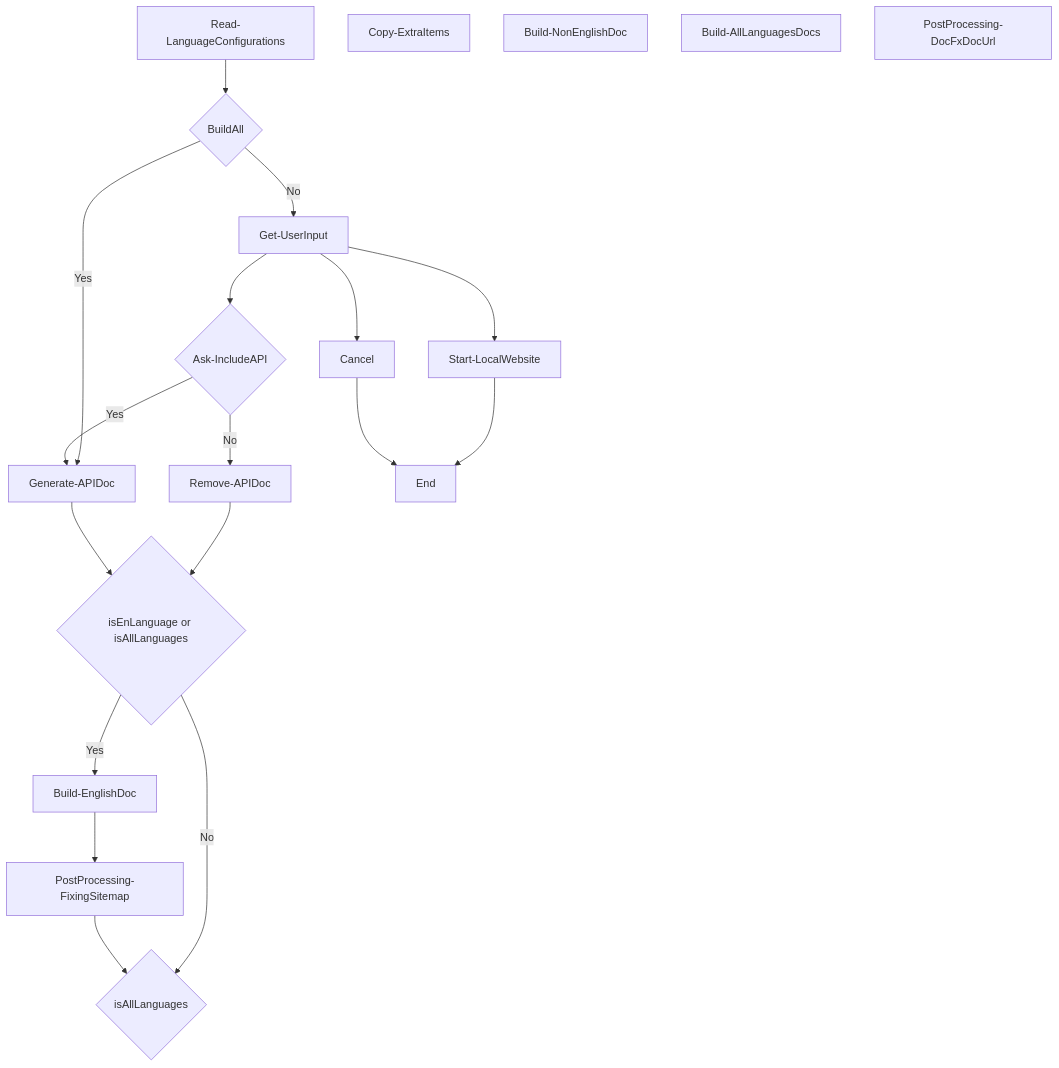
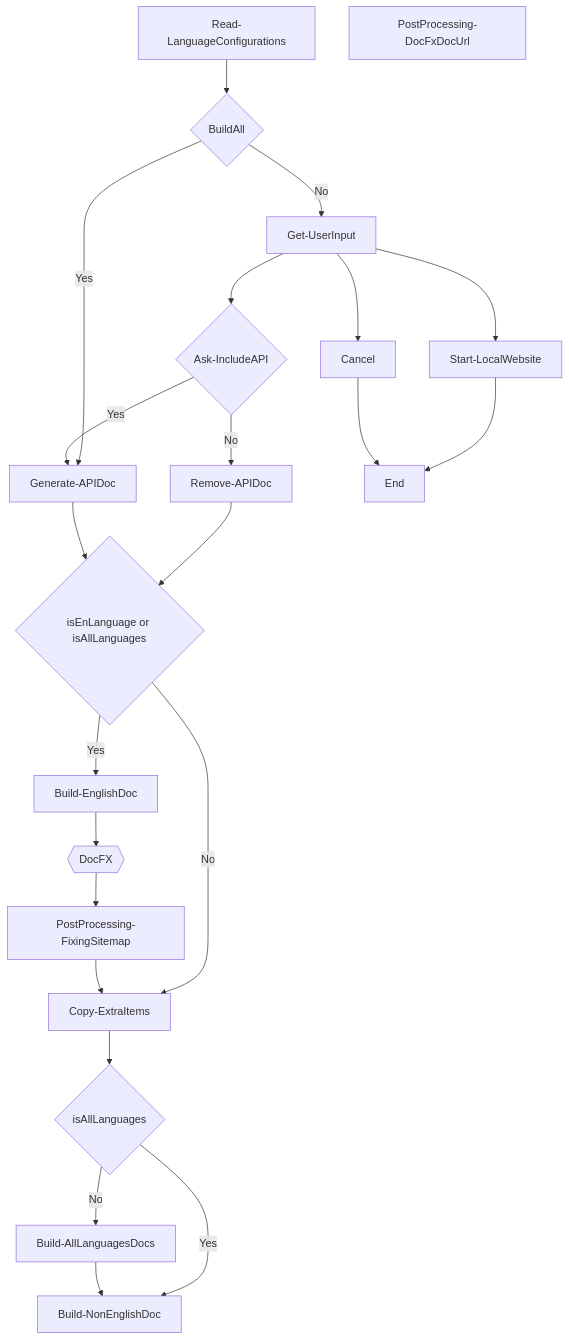
Before and after one commit to NexStandard/stride-docs-next: the second of 2 diagrams in README.md, drawn with Mermaid.

````diff
--- a/README.md
+++ b/README.md
@@ -165,34 +165,39 @@
 ``` mermaid
 graph TB
     A[Read-LanguageConfigurations]
     X1[BuildAll]
     B[Get-UserInput]
     C[Ask-IncludeAPI]
     D[Copy-ExtraItems]
     E[Start-LocalWebsite]
     F[Generate-APIDoc]
     G[Remove-APIDoc]
     H[Build-EnglishDoc]
     I[Build-NonEnglishDoc]
     J[Build-AllLanguagesDocs]
     K[PostProcessing-DocFxDocUrl]
     L[PostProcessing-FixingSitemap]
+    DocFX{{DocFX}}
    
 
     A --> X1{BuildAll}
     X1 -->|No| B
     X1 -->|Yes| F
     B --> C{Ask-IncludeAPI}
     B --> E
     B --> X2[Cancel]
     E --> End
     X2 --> End[End]
     C -->|Yes| F
     C -->|No| G
     G --> X3{isEnLanguage or isAllLanguages}
     F --> X3
     X3 -->|Yes| H
-    X3 -->|No| X4{isAllLanguages}
-    H --> L
-    L --> X4
+    X3 -->|No| D
+    H --> DocFX --> L
+    L --> D
+    D --> X4{isAllLanguages}
+    X4 -->|Yes| I
+    X4 -->|No| J
+    J --> I
 ```
````
